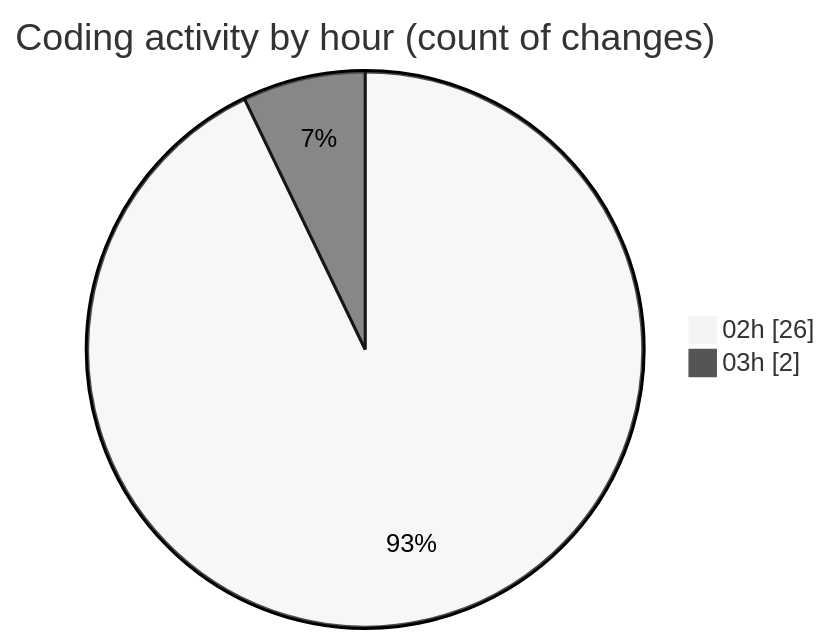
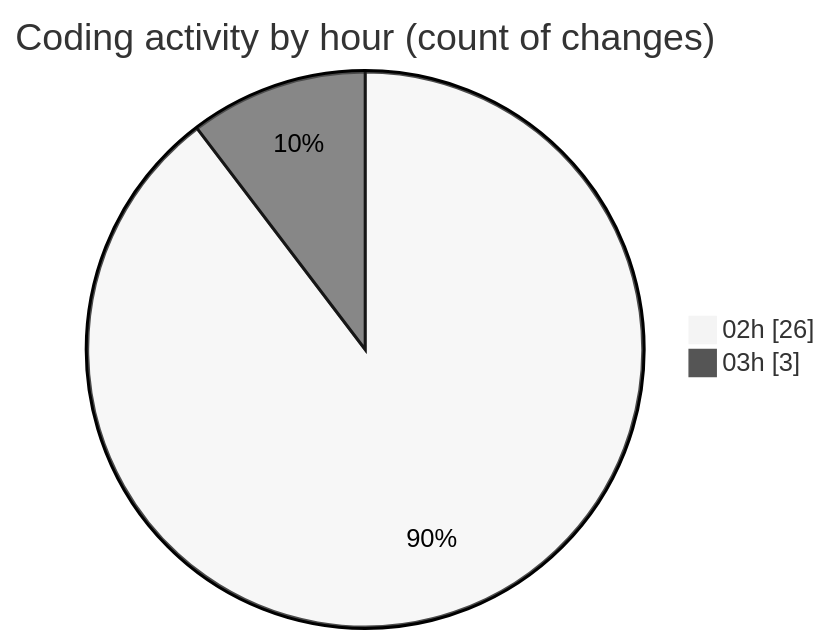
One commit to charlie-sans/code-tracking changed the second of 2 diagrams in 2025-02-22/micros/README.md. Above: the diagram before and after it, drawn with Mermaid (neutral theme). The commit also changed other lines of this file and 1 other file, not shown here.

````diff
--- a/2025-02-22/micros/README.md
+++ b/2025-02-22/micros/README.md
@@ -35,6 +35,6 @@
 ```mermaid
 pie showData
 title Coding activity by hour (count of changes)
 "02h" : 26
-"03h" : 2
+"03h" : 3
 ```
````
